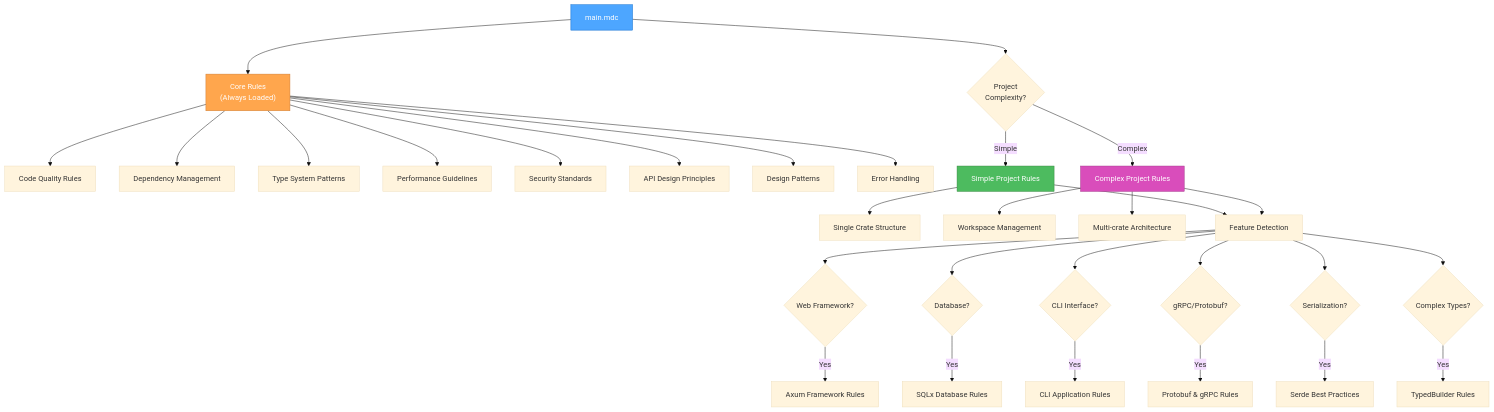
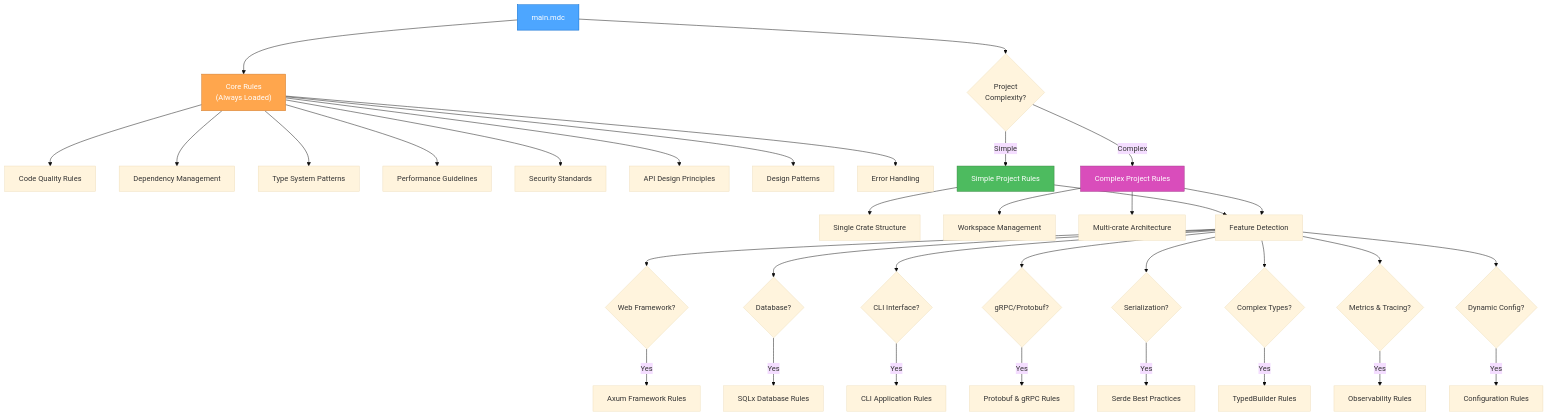
The second of 3 diagrams in .cursor/rules/rust/main.mdc (tyrchen/rust-lib-template), drawn with Mermaid (base theme) before and after one commit. The commit also changed other lines of this file and 4 other files, not shown here.

Commit message:
feature: use cursor-rust-rules 0.1.2

````diff
--- a/.cursor/rules/rust/main.mdc
+++ b/.cursor/rules/rust/main.mdc
@@ -74,42 +78,46 @@
 ```mermaid
 graph TD
     Main["main.mdc"] --> Core["Core Rules<br>(Always Loaded)"]
     Main --> Complexity{"Project<br>Complexity?"}
 
     Core --> Quality["Code Quality Rules"]
     Core --> Dependencies["Dependency Management"]
     Core --> Types["Type System Patterns"]
     Core --> Performance["Performance Guidelines"]
     Core --> Security["Security Standards"]
     Core --> API["API Design Principles"]
     Core --> Patterns["Design Patterns"]
     Core --> ErrorHandling["Error Handling"]
 
     Complexity -->|Simple| SimpleRules["Simple Project Rules"]
     Complexity -->|Complex| ComplexRules["Complex Project Rules"]
 
     SimpleRules --> SingleCrate["Single Crate Structure"]
     ComplexRules --> Workspace["Workspace Management"]
     ComplexRules --> MultiCrate["Multi-crate Architecture"]
 
     SimpleRules & ComplexRules --> FeatureDetection["Feature Detection"]
 
     FeatureDetection --> WebFeature{"Web Framework?"}
     FeatureDetection --> DBFeature{"Database?"}
     FeatureDetection --> CLIFeature{"CLI Interface?"}
     FeatureDetection --> GRPCFeature{"gRPC/Protobuf?"}
     FeatureDetection --> SerdeFeature{"Serialization?"}
     FeatureDetection --> BuilderFeature{"Complex Types?"}
+    FeatureDetection --> ObservabilityFeature{"Metrics & Tracing?"}
+    FeatureDetection --> ConfigFeature{"Dynamic Config?"}
 
     WebFeature -->|Yes| AxumRules["Axum Framework Rules"]
     DBFeature -->|Yes| SQLxRules["SQLx Database Rules"]
     CLIFeature -->|Yes| CLIRules["CLI Application Rules"]
     GRPCFeature -->|Yes| GRPCRules["Protobuf & gRPC Rules"]
     SerdeFeature -->|Yes| SerdeRules["Serde Best Practices"]
     BuilderFeature -->|Yes| TypedBuilderRules["TypedBuilder Rules"]
+    ObservabilityFeature -->|Yes| ObservabilityRules["Observability Rules"]
+    ConfigFeature -->|Yes| ConfigurationRules["Configuration Rules"]
 
     style Main fill:#4da6ff,stroke:#0066cc,color:white
     style Core fill:#ffa64d,stroke:#cc7a30,color:white
     style SimpleRules fill:#4dbb5f,stroke:#36873f,color:white
     style ComplexRules fill:#d94dbb,stroke:#a3378a,color:white
 ```
````
